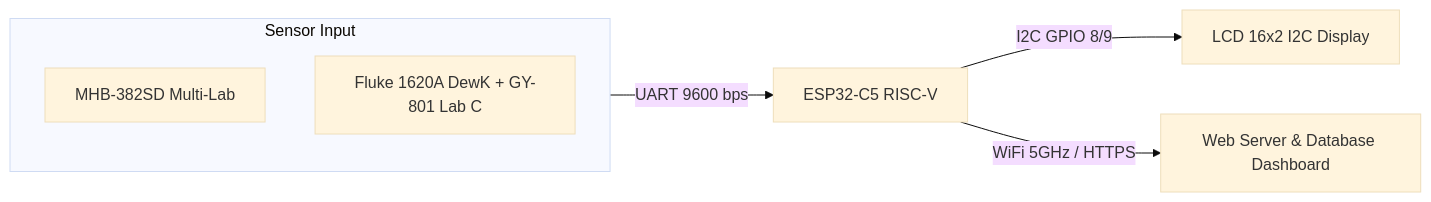
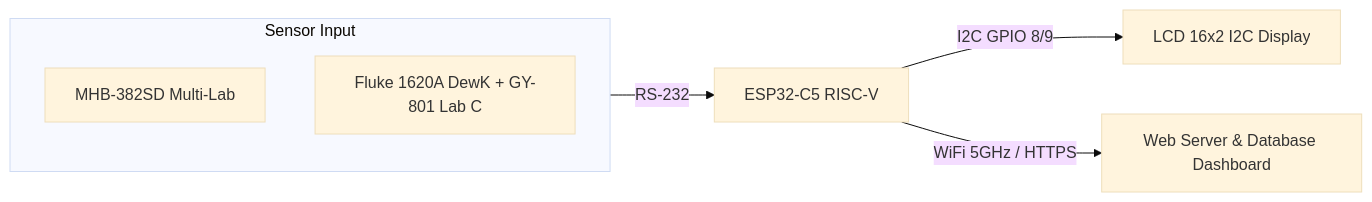
The diagram in README.md (Ye-Shaiyoe/MONITORING_ESP32C5_REALTIME), drawn with Mermaid (base theme) before and after one commit.

````diff
--- a/README.md
+++ b/README.md
@@ -42,10 +42,10 @@
 ```mermaid
 flowchart LR
     subgraph Sensors [Sensor Input]
         S1[MHB-382SD Multi-Lab]
         S2[Fluke 1620A DewK + GY-801 Lab C]
     end
-    Sensors -->|UART 9600 bps| ESP32[ESP32-C5 RISC-V]
+    Sensors -->|RS-232| ESP32[ESP32-C5 RISC-V]
     ESP32 -->|I2C GPIO 8/9| LCD[LCD 16x2 I2C Display]
     ESP32 -->|WiFi 5GHz / HTTPS| Server[Web Server & Database Dashboard]
 ```
````
